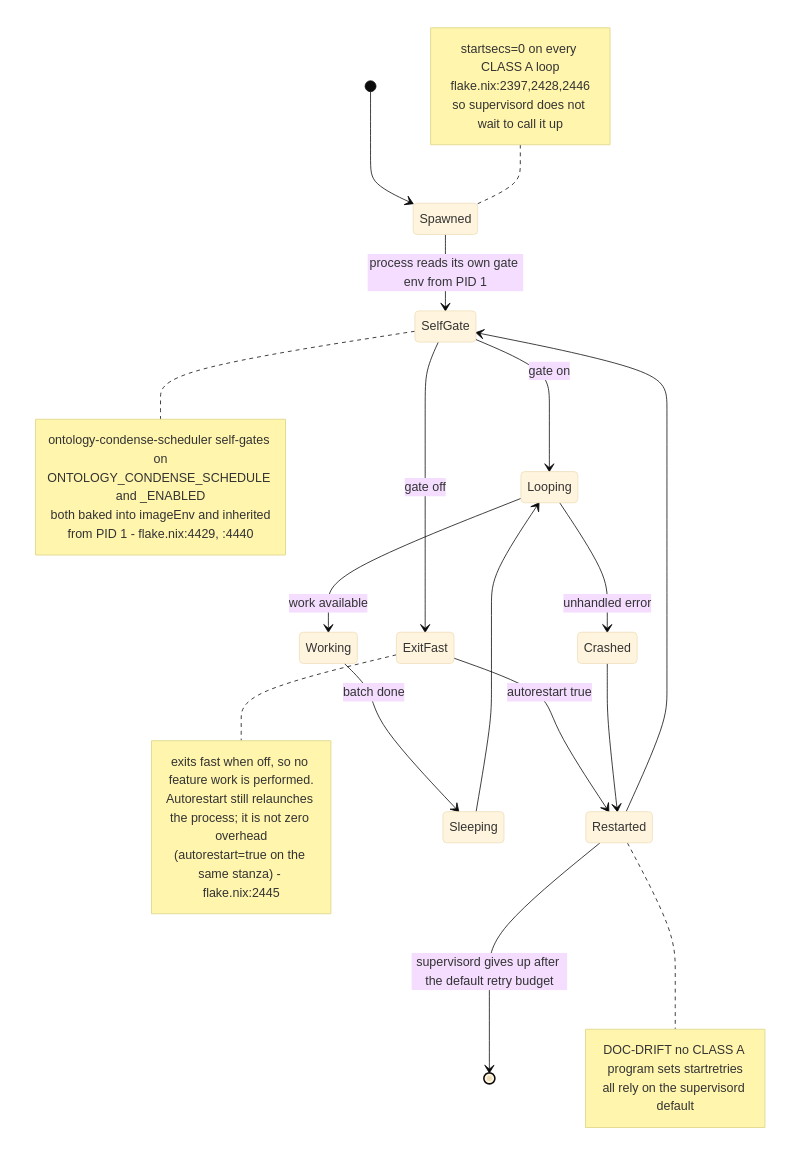
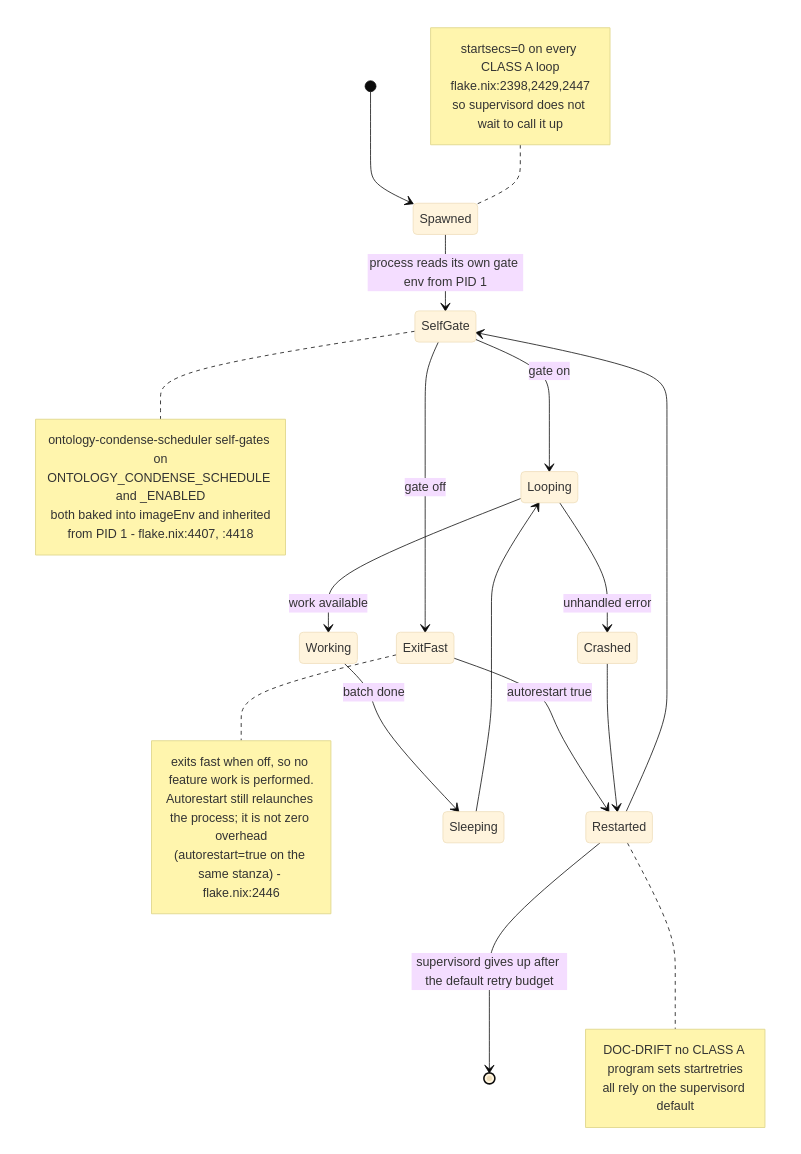
The second of 11 diagrams in docs/diagrams/agentbox/07-daemons-reapers-cron-backups.md (DreamLab-AI/VisionFlow), drawn with Mermaid (base theme) before and after one commit. The commit also changed other lines of this file and 145 other files, not shown here.

````diff
--- a/docs/diagrams/agentbox/07-daemons-reapers-cron-backups.md
+++ b/docs/diagrams/agentbox/07-daemons-reapers-cron-backups.md
@@ -54,36 +54,36 @@
 ```mermaid
 stateDiagram-v2
     [*] --> Spawned
     Spawned --> SelfGate: process reads its own gate env from PID 1
     SelfGate --> ExitFast: gate off
     SelfGate --> Looping: gate on
     ExitFast --> Restarted: autorestart true
     Restarted --> SelfGate
     Looping --> Working: work available
     Working --> Sleeping: batch done
     Sleeping --> Looping
     Looping --> Crashed: unhandled error
     Crashed --> Restarted
     Restarted --> [*]: supervisord gives up after the default retry budget
 
     note right of SelfGate
         ontology-condense-scheduler self-gates on
         ONTOLOGY_CONDENSE_SCHEDULE and _ENABLED
         both baked into imageEnv and inherited
-        from PID 1 - flake.nix:4429, :4440
+        from PID 1 - flake.nix:4407, :4418
     end note
     note right of ExitFast
         exits fast when off, so no feature work is performed.
         Autorestart still relaunches the process; it is not zero overhead
-        (autorestart=true on the same stanza) - flake.nix:2445
+        (autorestart=true on the same stanza) - flake.nix:2446
     end note
     note left of Spawned
         startsecs=0 on every CLASS A loop
-        flake.nix:2397,2428,2446
+        flake.nix:2398,2429,2447
         so supervisord does not wait to call it up
     end note
     note right of Restarted
         DOC-DRIFT no CLASS A program sets startretries
         all rely on the supervisord default
     end note
 ```
````
